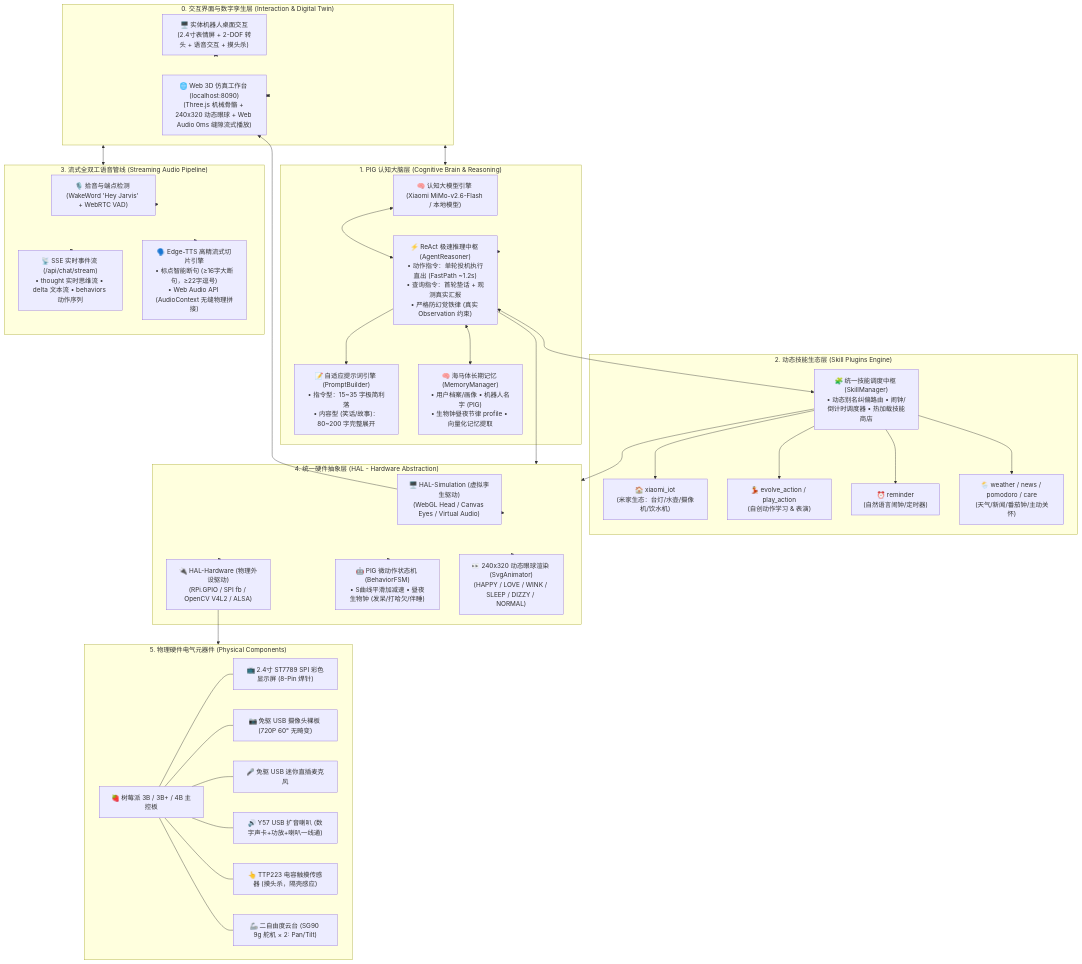
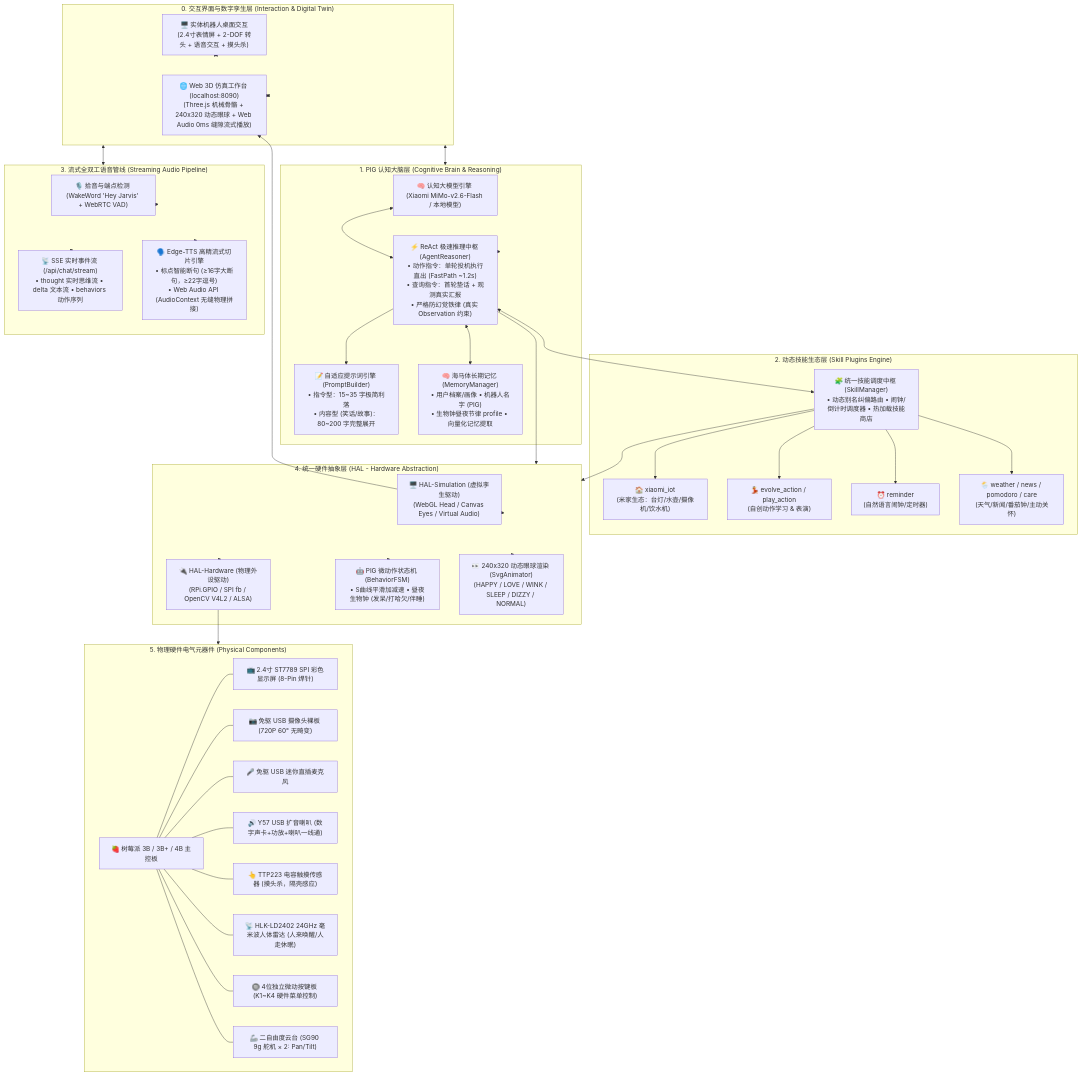
Before and after one commit to Yugle/PIG: the first of 3 diagrams in docs/SYSTEM_ARCHITECTURE.md, drawn with Mermaid. The commit also changed other lines of this file and 4 other files, not shown here.

````diff
--- a/docs/SYSTEM_ARCHITECTURE.md
+++ b/docs/SYSTEM_ARCHITECTURE.md
@@ -56,6 +56,8 @@
         Mic["🎤 免驱 USB 迷你直插麦克风"]
         Speaker["🔊 Y57 USB 扩音喇叭 (数字声卡+功放+喇叭一线通)"]
         Touch["👆 TTP223 电容触摸传感器 (摸头杀，隔壳感应)"]
+        Radar["📡 HLK-LD2402 24GHz 毫米波人体雷达 (人来唤醒/人走休眠)"]
+        Buttons["🔘 4位独立微动按键板 (K1~K4 硬件菜单控制)"]
         Servos["🦾 二自由度云台 (SG90 9g 舵机 × 2: Pan/Tilt)"]
     end
 
@@ -97,5 +99,7 @@
     RPi --- Mic
     RPi --- Speaker
     RPi --- Touch
+    RPi --- Radar
+    RPi --- Buttons
     RPi --- Servos
 ```
````
